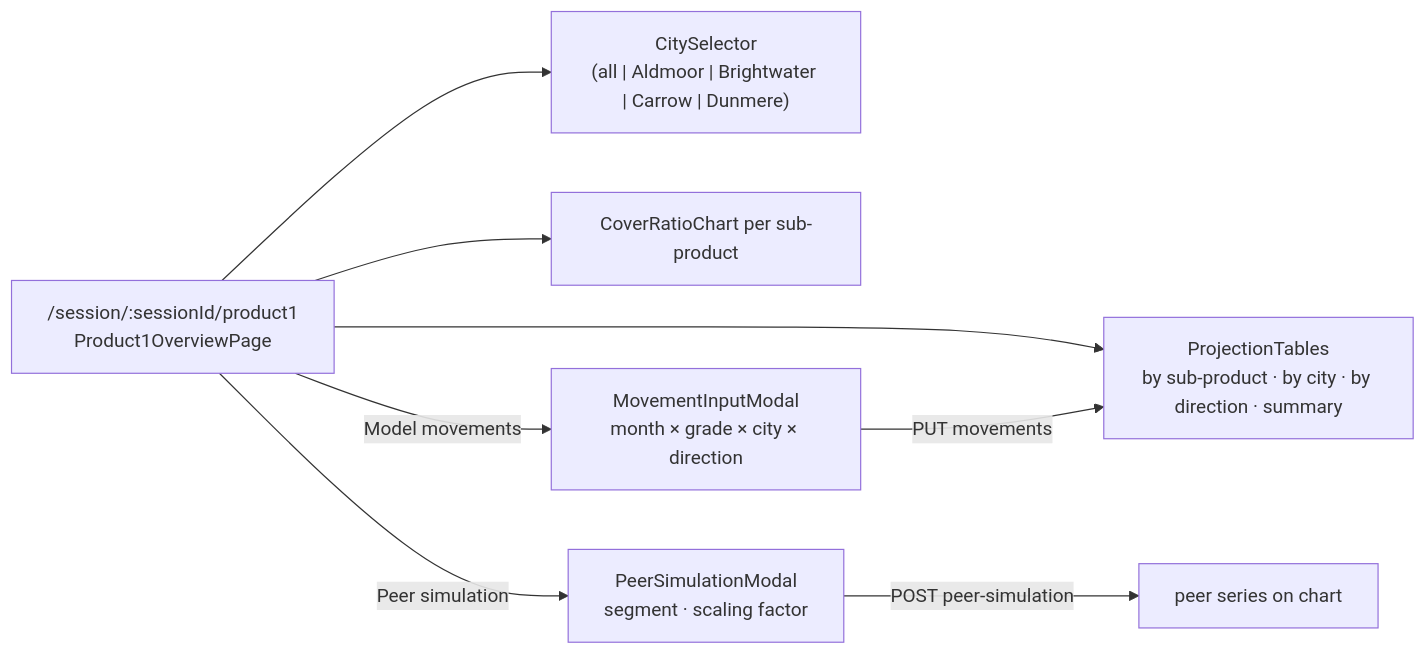
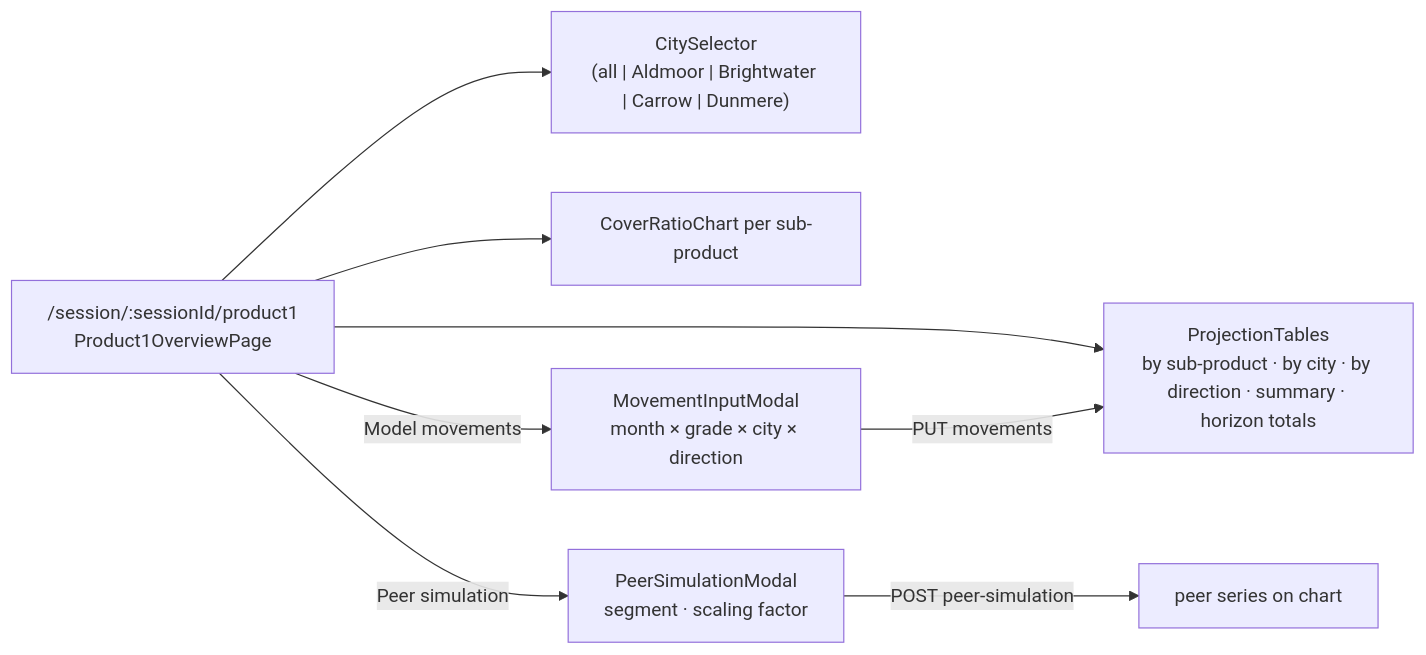
The diagram in docs-repo/features/product1/P1-001.md (NatSjm/investigation), drawn with Mermaid before and after one commit. The commit also changed other lines of this file and 45 other files, not shown here.

First line of the commit message:
Add horizon totals to the projection, fix the movement modal, make the graph deterministic

````diff
--- a/docs-repo/features/product1/P1-001.md
+++ b/docs-repo/features/product1/P1-001.md
@@ -97,10 +102,10 @@
 ```mermaid
 flowchart LR
   A["/session/:sessionId/product1<br/>Product1OverviewPage"] --> B["CitySelector<br/>(all | Aldmoor | Brightwater | Carrow | Dunmere)"]
-  A --> C["ProjectionTables<br/>by sub-product · by city · by direction · summary"]
+  A --> C["ProjectionTables<br/>by sub-product · by city · by direction · summary · horizon totals"]
   A --> D["CoverRatioChart per sub-product"]
   A -- "Model movements" --> E["MovementInputModal<br/>month × grade × city × direction"]
   E -- "PUT movements" --> C
   A -- "Peer simulation" --> F["PeerSimulationModal<br/>segment · scaling factor"]
   F -- "POST peer-simulation" --> G["peer series on chart"]
 ```
````
